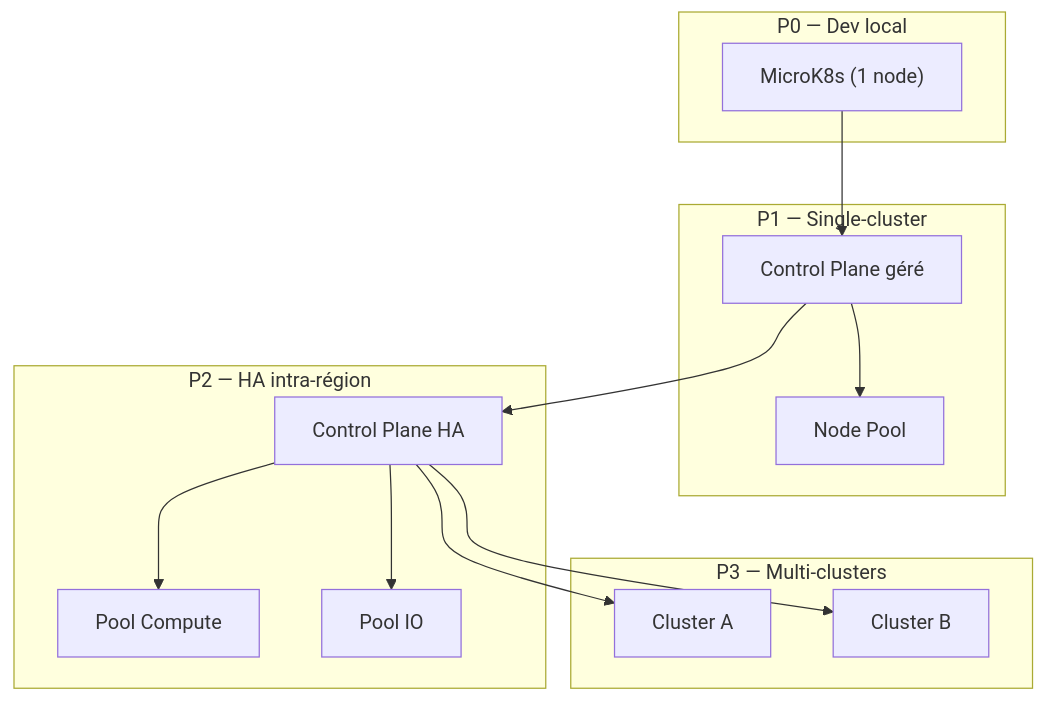
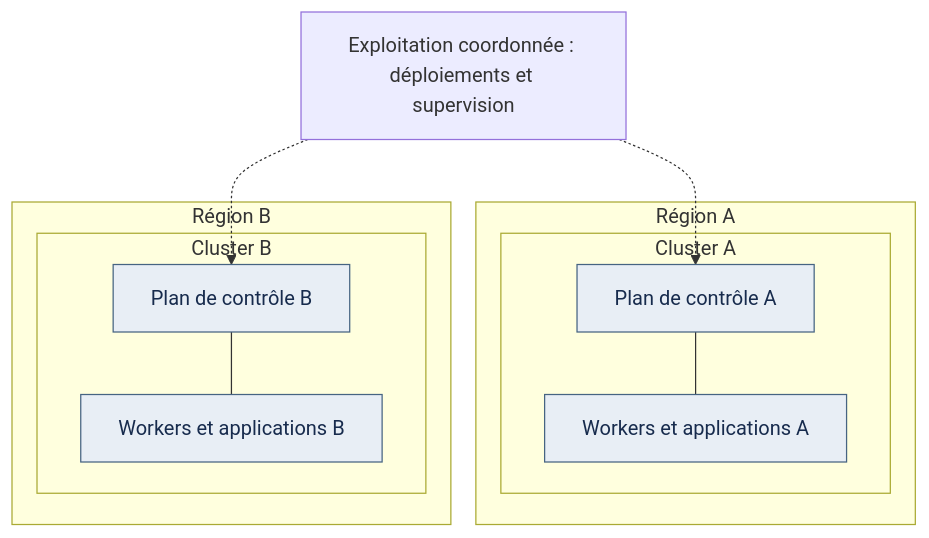
Before and after one commit to sountrust/MICSI_A4: the ninth of 9 diagrams in CM1.md, drawn with Mermaid. The commit also changed other lines of this file, not shown here.

````diff
--- a/CM1.md
+++ b/CM1.md
@@ -820,30 +908,25 @@
 ```mermaid
 flowchart TB
-  subgraph Dev["P0 — Dev local"]
-    L["MicroK8s (1 node)"]
+  subgraph R1["Région A"]
+    subgraph C1["Cluster A"]
+      CP1["Plan de contrôle A"]
+      W1["Workers et applications A"]
+      CP1 --- W1
+    end
   end
 
-  subgraph P1["P1 — Single-cluster"]
-    CP1["Control Plane géré"]
-    NP1["Node Pool"]
-    CP1 --> NP1
+  subgraph R2["Région B"]
+    subgraph C2["Cluster B"]
+      CP2["Plan de contrôle B"]
+      W2["Workers et applications B"]
+      CP2 --- W2
+    end
   end
 
-  subgraph P2["P2 — HA intra-région"]
-    CP2["Control Plane HA"]
-    NP2a["Pool Compute"]
-    NP2b["Pool IO"]
-    CP2 --> NP2a
-    CP2 --> NP2b
-  end
+  OPS["Exploitation coordonnée : déploiements et supervision"]
+  OPS -.-> CP1
+  OPS -.-> CP2
 
-  subgraph P3["P3 — Multi-clusters"]
-    C1["Cluster A"]
-    C2["Cluster B"]
-  end
-
-  L --> CP1
-  CP1 --> CP2
-  CP2 --> C1
-  CP2 --> C2
+  classDef composant fill:#e8eef5,stroke:#466482,color:#172b4d;
+  class CP1,W1,CP2,W2 composant;
 ```
````
